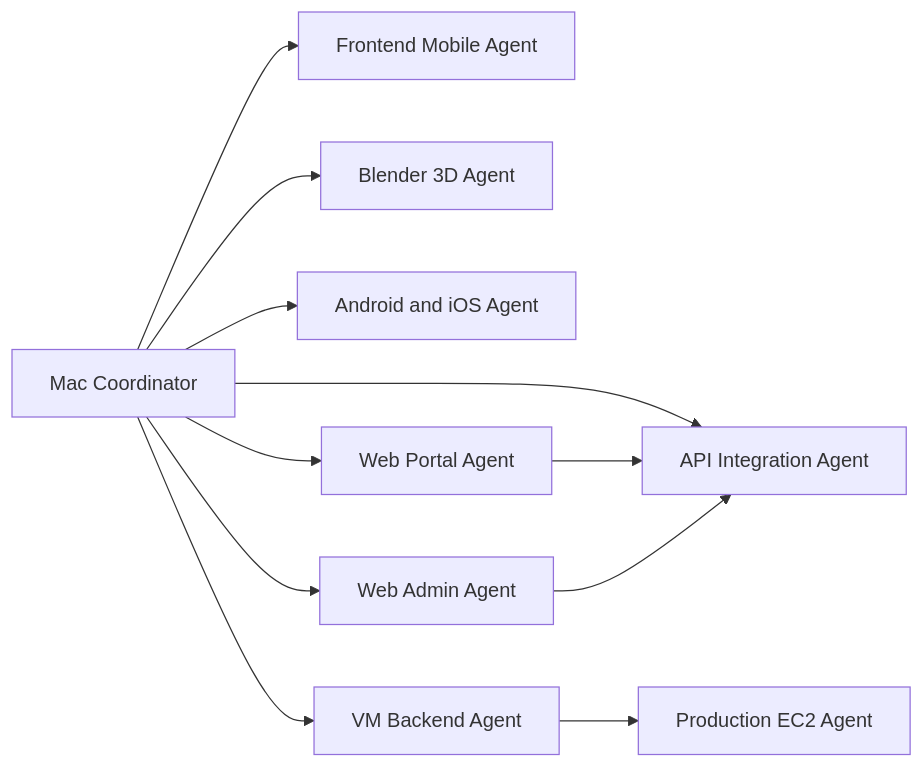
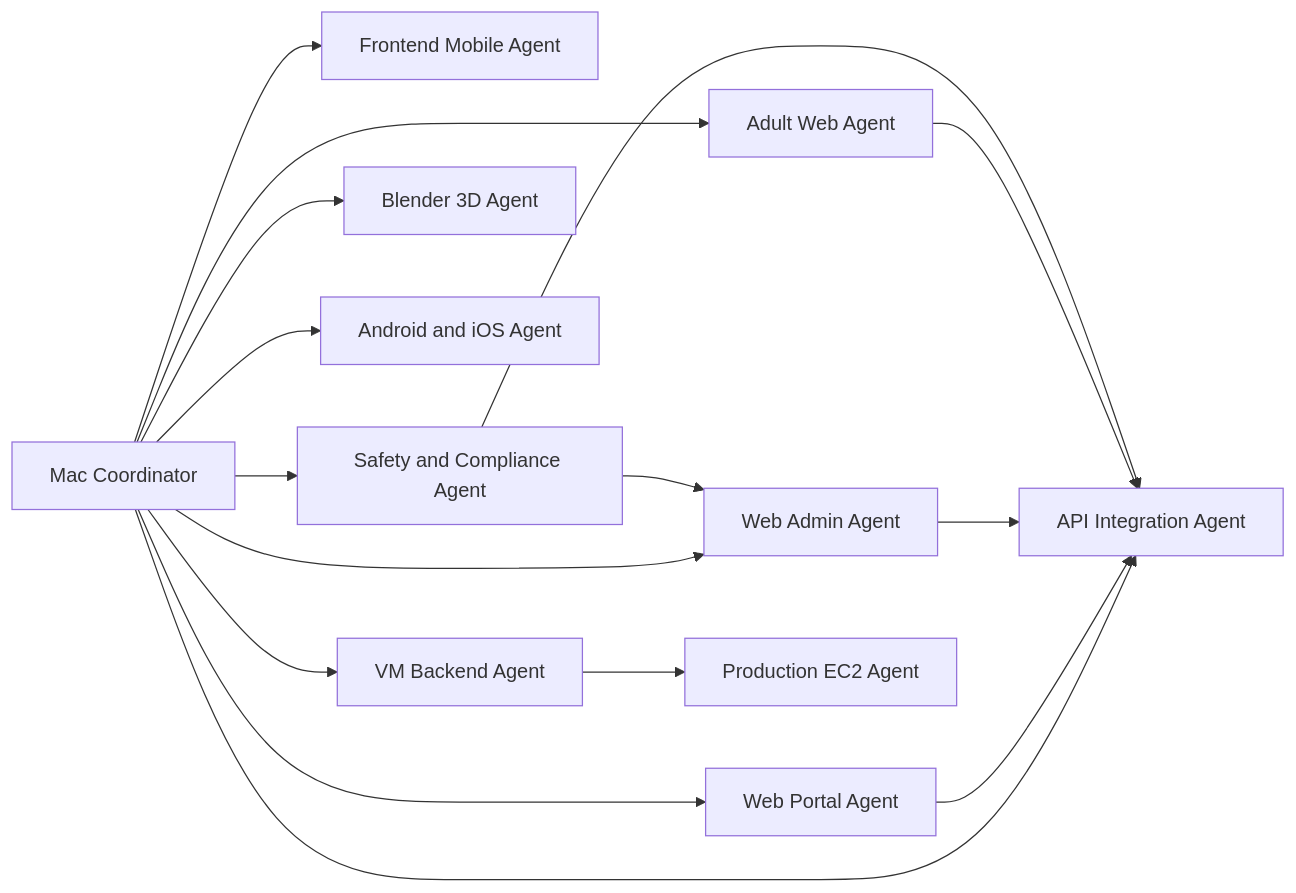
One commit to robertodantasdecastro/leggau changed the diagram in docs/agents-architecture.md. Above: the diagram before and after it, drawn with Mermaid. The commit also changed other lines of this file and 17 other files, not shown here.

````diff
--- a/docs/agents-architecture.md
+++ b/docs/agents-architecture.md
@@ -7,23 +7,30 @@
 ```mermaid
 flowchart LR
   Mac["Mac Coordinator"]
   Frontend["Frontend Mobile Agent"]
+  AdultWeb["Adult Web Agent"]
+  Safety["Safety and Compliance Agent"]
   Blender["Blender 3D Agent"]
   Platform["Android and iOS Agent"]
   API["API Integration Agent"]
   Portal["Web Portal Agent"]
   Admin["Web Admin Agent"]
   VM["VM Backend Agent"]
   Prod["Production EC2 Agent"]
 
   Mac --> Frontend
+  Mac --> AdultWeb
+  Mac --> Safety
   Mac --> Blender
   Mac --> Platform
   Mac --> API
   Mac --> Portal
   Mac --> Admin
   Mac --> VM
   Portal --> API
   Admin --> API
+  AdultWeb --> API
+  Safety --> API
+  Safety --> Admin
   VM --> Prod
 ```
````
